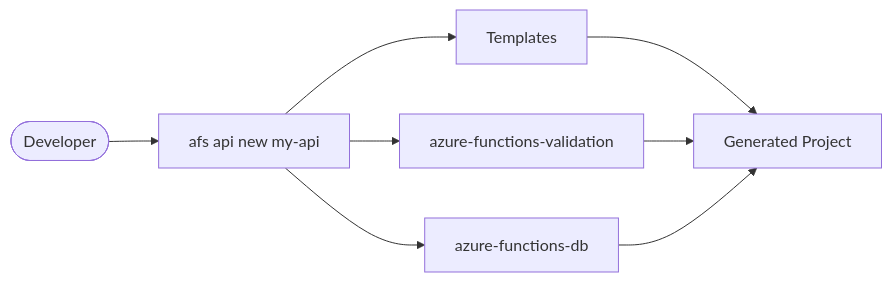
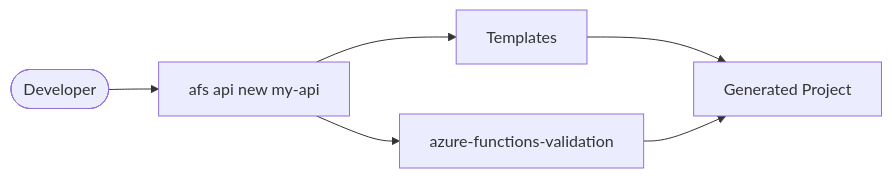
Before and after one commit to yeongseon/azure-functions-scaffold: the diagram in README.md, drawn with Mermaid. The commit also changed other lines of this file and 11 other files, not shown here.

````diff
--- a/README.md
+++ b/README.md
@@ -21,17 +21,14 @@
 ```mermaid
 flowchart LR
     Dev(["Developer"])
     CLI["afs api new my-api"]
     T["Templates"]
     P["Generated Project"]
     VAL["azure-functions-validation"]
-    DB["azure-functions-db"]
 
     Dev --> CLI
     CLI --> T
     T --> P
     CLI --> VAL
-    CLI --> DB
     VAL --> P
-    DB --> P
 ```
````
